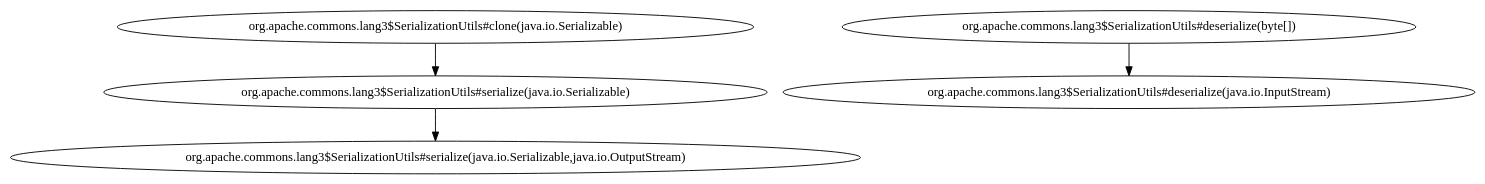
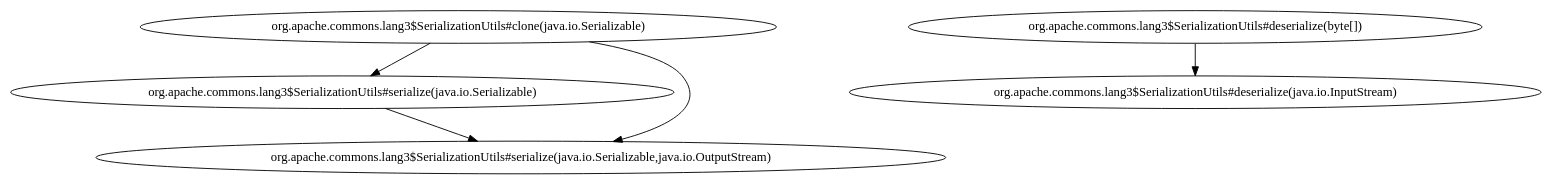
One commit to KimNaRyeong/CS454_team3_Bayesian_sbfl changed the diagram in sootDAG_filtered/Lang-13_dependency_graph.dot. Above: the diagram before and after it, drawn with Graphviz. The commit also changed 129 other files, not shown here.

```diff
--- a/sootDAG_filtered/Lang-13_dependency_graph.dot
+++ b/sootDAG_filtered/Lang-13_dependency_graph.dot
@@ -1,5 +1,6 @@
 digraph G {
-  "org.apache.commons.lang3$SerializationUtils#clone(java.io.Serializable)" -> "org.apache.commons.lang3$SerializationUtils#serialize(java.io.Serializable)";
   "org.apache.commons.lang3$SerializationUtils#serialize(java.io.Serializable)" -> "org.apache.commons.lang3$SerializationUtils#serialize(java.io.Serializable,java.io.OutputStream)";
   "org.apache.commons.lang3$SerializationUtils#deserialize(byte[])" -> "org.apache.commons.lang3$SerializationUtils#deserialize(java.io.InputStream)";
+  "org.apache.commons.lang3$SerializationUtils#clone(java.io.Serializable)" -> "org.apache.commons.lang3$SerializationUtils#serialize(java.io.Serializable)";
+  "org.apache.commons.lang3$SerializationUtils#clone(java.io.Serializable)" -> "org.apache.commons.lang3$SerializationUtils#serialize(java.io.Serializable,java.io.OutputStream)";
 }
```
